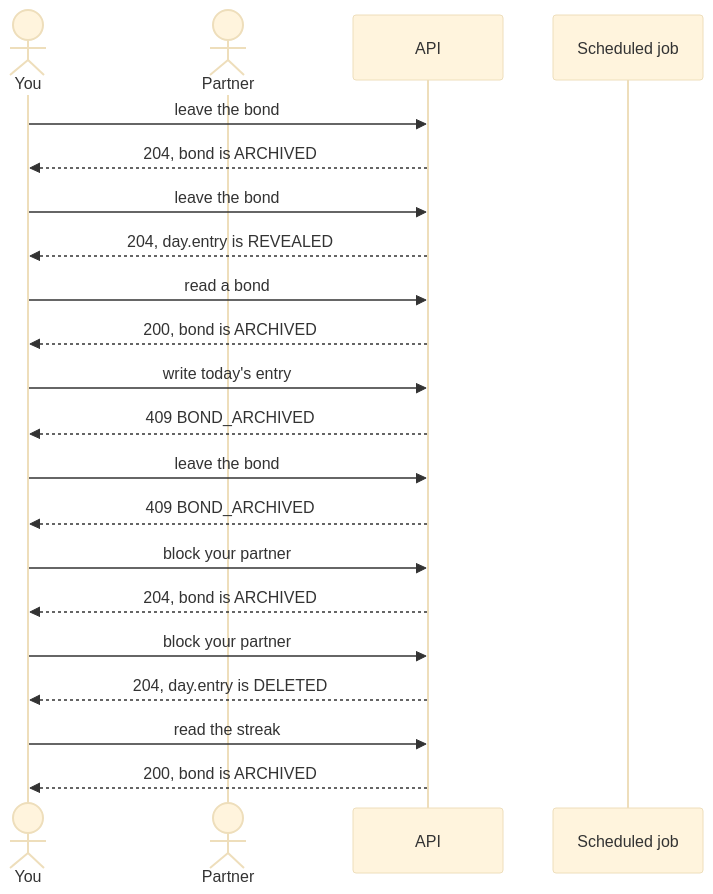
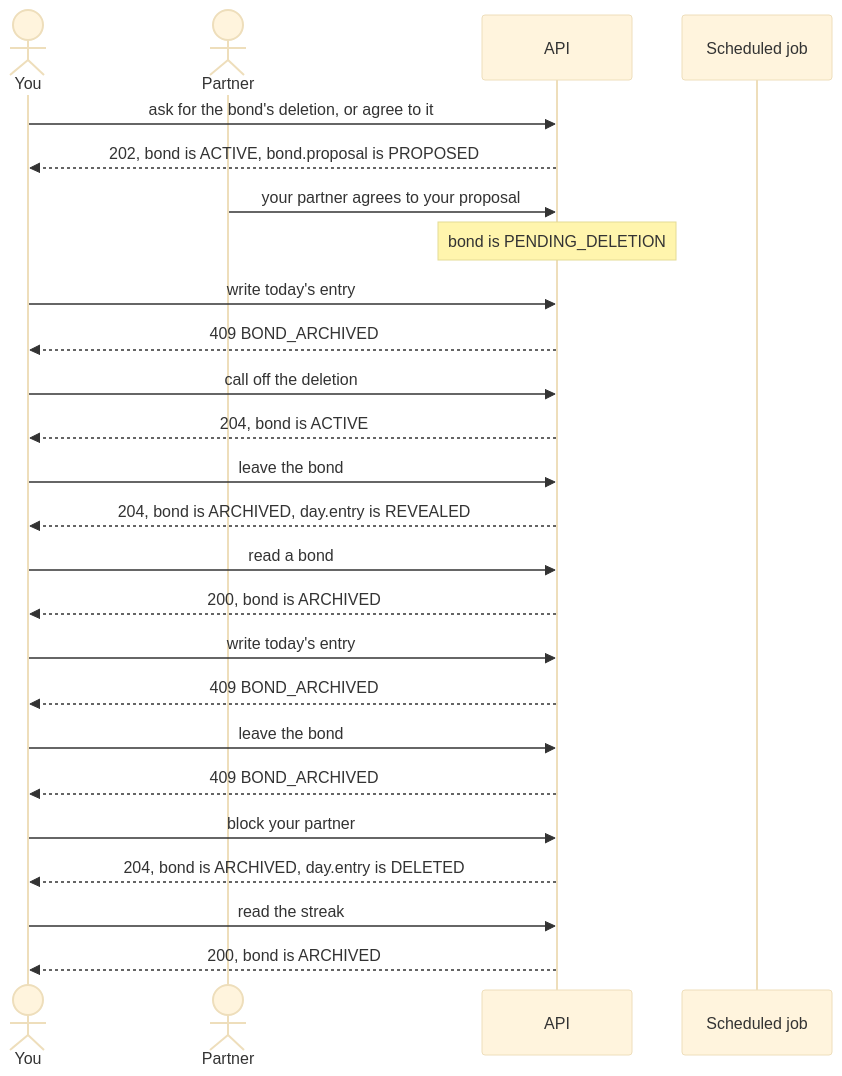
Before and after one commit to Ayodeji97/moyi-backend: the fifth of 5 diagrams in docs/state-map/journeys.md, drawn with Mermaid (base theme). The commit also changed other lines of this file and 1 other file, not shown here.

Commit message:
fix(state-map): J5 closes the box as far as the countdown and its call-off

````diff
--- a/docs/state-map/journeys.md
+++ b/docs/state-map/journeys.md
@@ -170,23 +175,27 @@
 ```mermaid
 sequenceDiagram
     actor You
     actor Partner
     participant API
     participant Job as Scheduled job
+    You->>API: ask for the bond's deletion, or agree to it
+    API-->>You: 202, bond is ACTIVE, bond.proposal is PROPOSED
+    Partner->>API: your partner agrees to your proposal
+    Note over API: bond is PENDING_DELETION
+    You->>API: write today's entry
+    API-->>You: 409 BOND_ARCHIVED
+    You->>API: call off the deletion
+    API-->>You: 204, bond is ACTIVE
     You->>API: leave the bond
-    API-->>You: 204, bond is ARCHIVED
-    You->>API: leave the bond
-    API-->>You: 204, day.entry is REVEALED
+    API-->>You: 204, bond is ARCHIVED, day.entry is REVEALED
     You->>API: read a bond
     API-->>You: 200, bond is ARCHIVED
     You->>API: write today's entry
     API-->>You: 409 BOND_ARCHIVED
     You->>API: leave the bond
     API-->>You: 409 BOND_ARCHIVED
     You->>API: block your partner
-    API-->>You: 204, bond is ARCHIVED
-    You->>API: block your partner
-    API-->>You: 204, day.entry is DELETED
+    API-->>You: 204, bond is ARCHIVED, day.entry is DELETED
     You->>API: read the streak
     API-->>You: 200, bond is ARCHIVED
 ```
````
